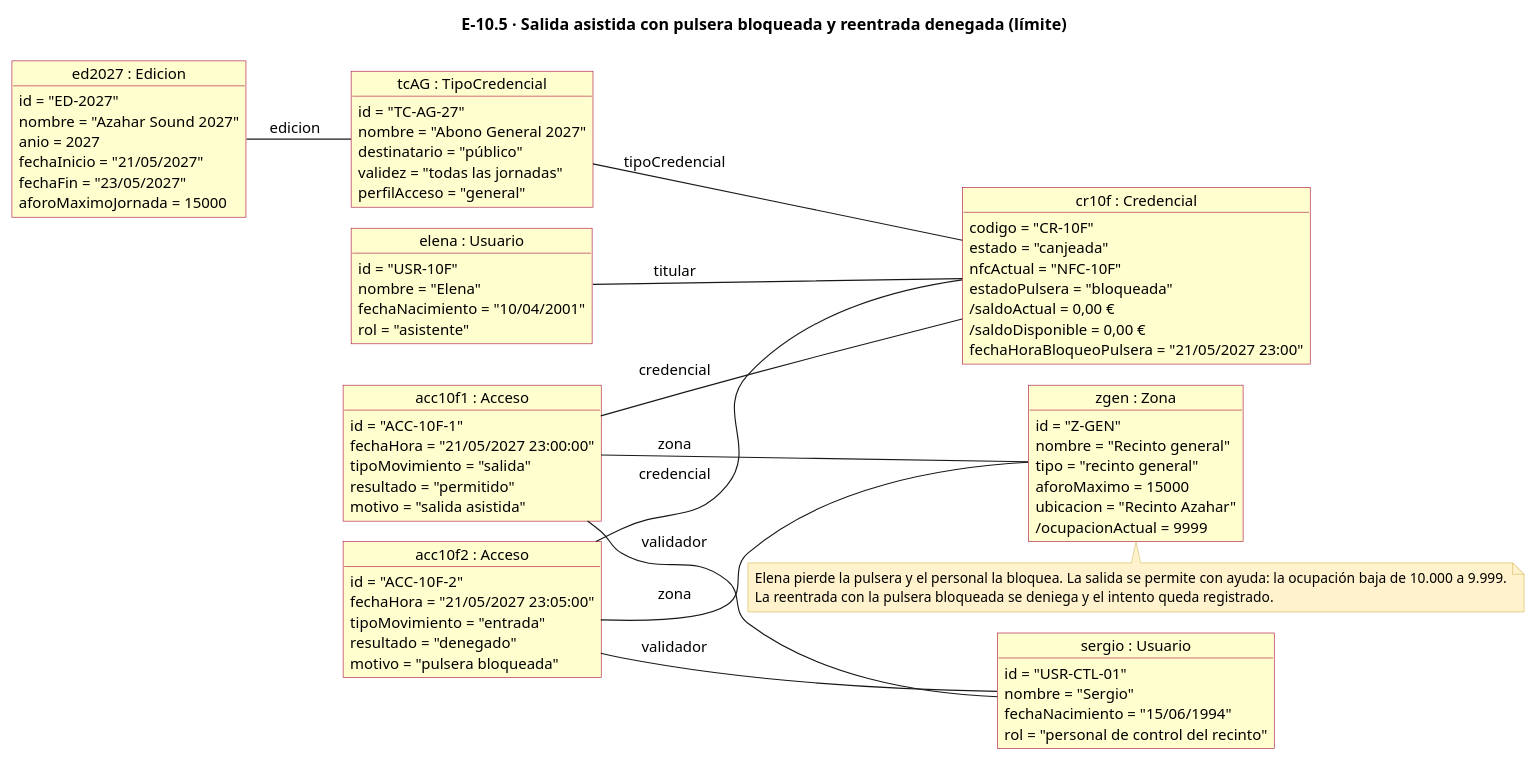
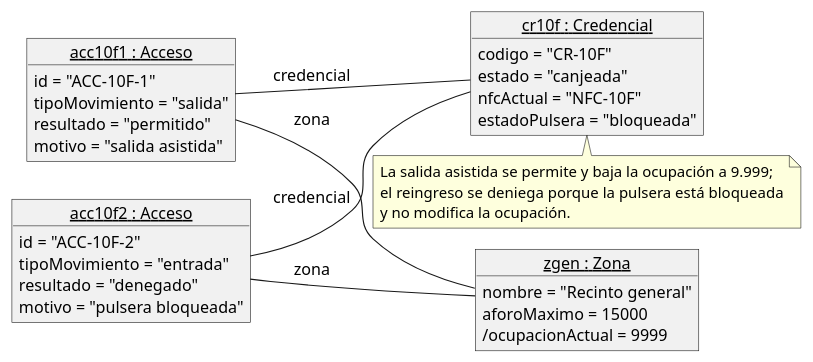
One commit to Antmungar2/proyecto-curso-iissi1-2026-antmungar2 changed the diagram in docs/diagramas/escenarios/e10-5.puml. Above: the diagram before and after it, drawn with PlantUML. The commit also changed 30 other files, not shown here.

Commit message:
E2: simplificar diagramas de R.N.10 y R.N.11 al estilo de Darya

```diff
--- a/docs/diagramas/escenarios/e10-5.puml
+++ b/docs/diagramas/escenarios/e10-5.puml
@@ -1,95 +1,56 @@
 @startuml
 !pragma layout smetana
-title E-10.5 · Salida asistida con pulsera bloqueada y reentrada denegada (límite)
 hide empty members
-left to right direction
 skinparam backgroundColor #FFFFFF
+skinparam shadowing false
 skinparam defaultFontName Helvetica
-skinparam defaultFontSize 13
+skinparam defaultFontSize 14
 skinparam object {
-  BackgroundColor #FEFECE
-  BorderColor #A80036
+  BackgroundColor #F1F1F1
+  BorderColor #181818
+  FontSize 14
+}
+skinparam note {
+  BackgroundColor #FEFFDD
+  BorderColor #181818
   FontSize 13
 }
-skinparam note {
-  BackgroundColor #FFF2CC
-  BorderColor #D6B656
-  FontSize 12
-}
 skinparam nodesep 30
-skinparam ranksep 30
+skinparam ranksep 35
+left to right direction
 
-object "ed2027 : Edicion" as ed2027 {
-  id = "ED-2027"
-  nombre = "Azahar Sound 2027"
-  anio = 2027
-  fechaInicio = "21/05/2027"
-  fechaFin = "23/05/2027"
-  aforoMaximoJornada = 15000
-}
-object "zgen : Zona" as zgen {
-  id = "Z-GEN"
-  nombre = "Recinto general"
-  tipo = "recinto general"
-  aforoMaximo = 15000
-  ubicacion = "Recinto Azahar"
-  /ocupacionActual = 9999
-}
-object "tcAG : TipoCredencial" as tcAG {
-  id = "TC-AG-27"
-  nombre = "Abono General 2027"
-  destinatario = "público"
-  validez = "todas las jornadas"
-  perfilAcceso = "general"
-}
-object "elena : Usuario" as elena {
-  id = "USR-10F"
-  nombre = "Elena"
-  fechaNacimiento = "10/04/2001"
-  rol = "asistente"
-}
-object "cr10f : Credencial" as cr10f {
+object "<u>cr10f : Credencial</u>" as cr10f {
   codigo = "CR-10F"
   estado = "canjeada"
   nfcActual = "NFC-10F"
   estadoPulsera = "bloqueada"
-  /saldoActual = 0,00 €
-  /saldoDisponible = 0,00 €
-  fechaHoraBloqueoPulsera = "21/05/2027 23:00"
 }
-object "sergio : Usuario" as sergio {
-  id = "USR-CTL-01"
-  nombre = "Sergio"
-  fechaNacimiento = "15/06/1994"
-  rol = "personal de control del recinto"
+object "<u>zgen : Zona</u>" as zgen {
+  nombre = "Recinto general"
+  aforoMaximo = 15000
+  /ocupacionActual = 9999
 }
-object "acc10f1 : Acceso" as acc10f1 {
+object "<u>acc10f1 : Acceso</u>" as acc10f1 {
   id = "ACC-10F-1"
-  fechaHora = "21/05/2027 23:00:00"
   tipoMovimiento = "salida"
   resultado = "permitido"
   motivo = "salida asistida"
 }
-object "acc10f2 : Acceso" as acc10f2 {
+object "<u>acc10f2 : Acceso</u>" as acc10f2 {
   id = "ACC-10F-2"
-  fechaHora = "21/05/2027 23:05:00"
   tipoMovimiento = "entrada"
   resultado = "denegado"
   motivo = "pulsera bloqueada"
 }
 
-ed2027 -- tcAG : edicion
-tcAG -- cr10f : tipoCredencial
-elena -- cr10f : titular
 acc10f1 -- cr10f : credencial
+acc10f2 -- cr10f : credencial
 acc10f1 -- zgen : zona
-acc10f1 -- sergio : validador
-acc10f2 -- cr10f : credencial
 acc10f2 -- zgen : zona
-acc10f2 -- sergio : validador
 
-note bottom of zgen
-Elena pierde la pulsera y el personal la bloquea. La salida se permite con ayuda: la ocupación baja de 10.000 a 9.999.
-La reentrada con la pulsera bloqueada se deniega y el intento queda registrado.
+note bottom of cr10f
+La salida asistida se permite y baja la ocupación a 9.999;
+el reingreso se deniega porque la pulsera está bloqueada
+y no modifica la ocupación.
 end note
 @enduml
```
